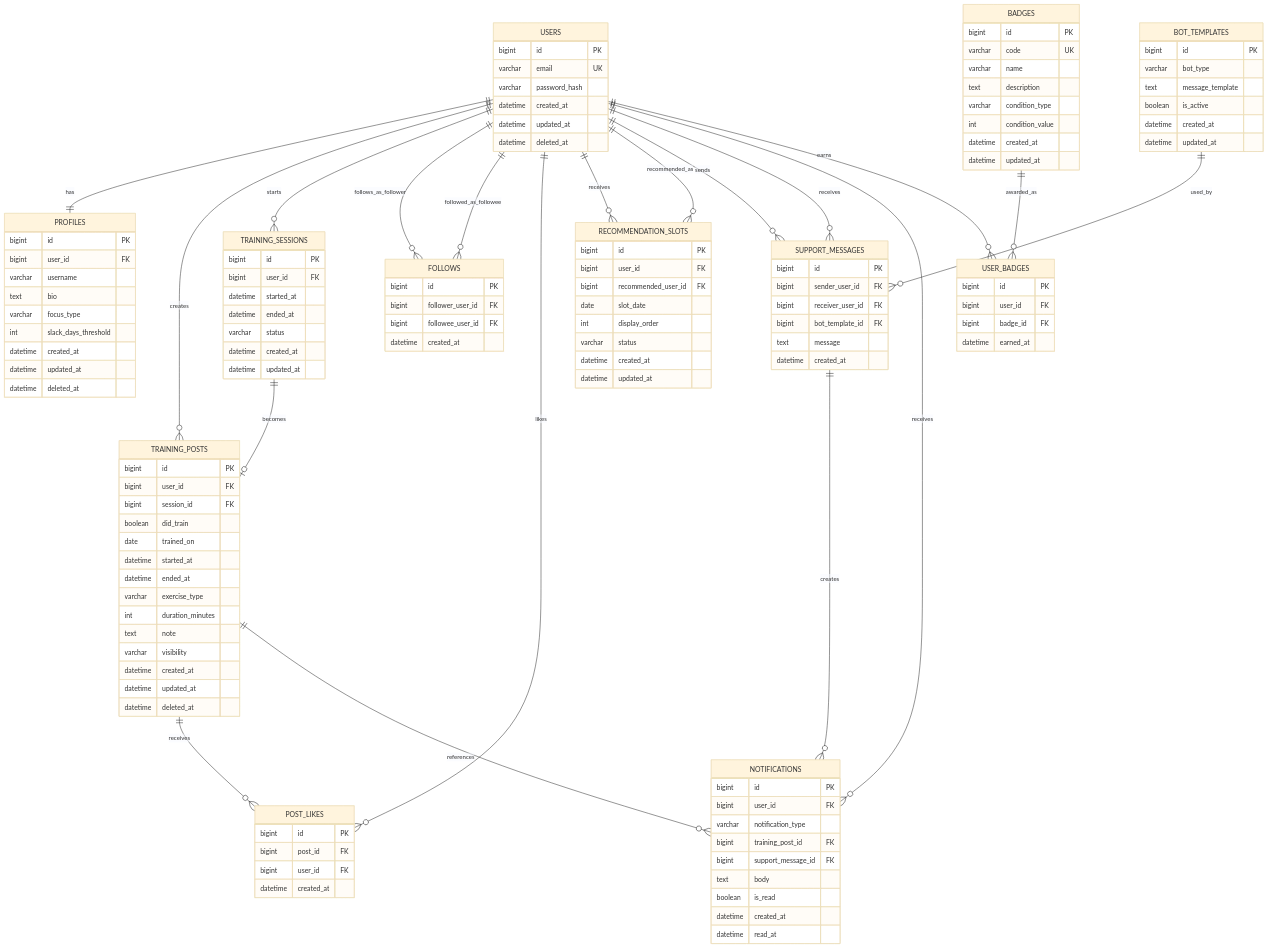
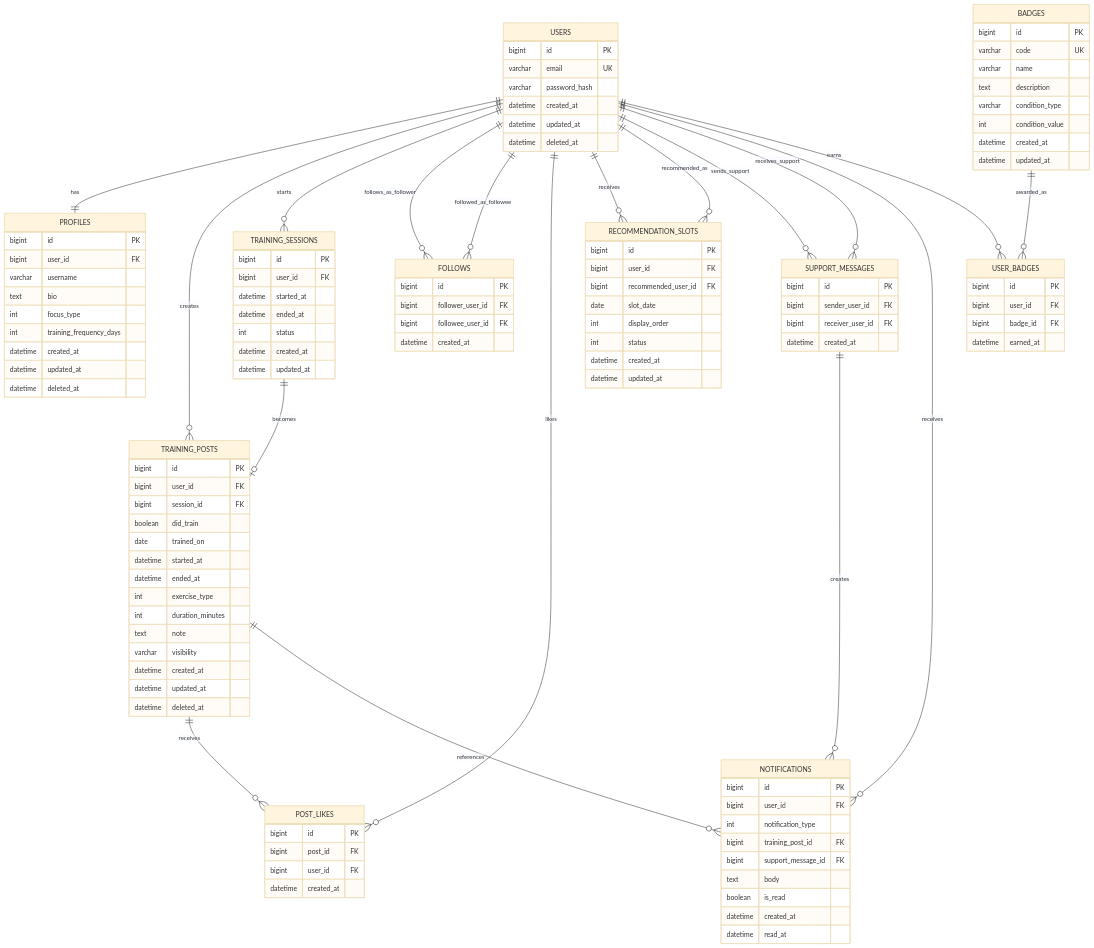
Before and after one commit to TaiseiUmeki/group7-pj: the diagram in docs/requirements/db_design.md, drawn with Mermaid (base theme). The commit also changed other lines of this file and 1 other file, not shown here.

Commit message:
fix: db図からbot削除と型修正

```diff
--- a/docs/requirements/db_design.md
+++ b/docs/requirements/db_design.md
@@ -64,8 +66,8 @@
     USERS ||--o{ POST_LIKES : likes
     USERS ||--o{ RECOMMENDATION_SLOTS : receives
     USERS ||--o{ RECOMMENDATION_SLOTS : recommended_as
-    USERS ||--o{ SUPPORT_MESSAGES : sends
-    USERS ||--o{ SUPPORT_MESSAGES : receives
+    USERS ||--o{ SUPPORT_MESSAGES : sends_support
+    USERS ||--o{ SUPPORT_MESSAGES : receives_support
     USERS ||--o{ NOTIFICATIONS : receives
     USERS ||--o{ USER_BADGES : earns
 
@@ -73,7 +75,6 @@
     TRAINING_POSTS ||--o{ POST_LIKES : receives
     TRAINING_POSTS ||--o{ NOTIFICATIONS : references
 
-    BOT_TEMPLATES ||--o{ SUPPORT_MESSAGES : used_by
     SUPPORT_MESSAGES ||--o{ NOTIFICATIONS : creates
 
     BADGES ||--o{ USER_BADGES : awarded_as
@@ -92,8 +93,8 @@
         bigint user_id FK
         varchar username
         text bio
-        varchar focus_type
-        int slack_days_threshold
+        int focus_type
+        int training_frequency_days
         datetime created_at
         datetime updated_at
         datetime deleted_at
@@ -104,7 +105,7 @@
         bigint user_id FK
         datetime started_at
         datetime ended_at
-        varchar status
+        int status
         datetime created_at
         datetime updated_at
     }
@@ -117,7 +118,7 @@
         date trained_on
         datetime started_at
         datetime ended_at
-        varchar exercise_type
+        int exercise_type
         int duration_minutes
         text note
         varchar visibility
@@ -146,16 +147,7 @@
         bigint recommended_user_id FK
         date slot_date
         int display_order
-        varchar status
-        datetime created_at
-        datetime updated_at
-    }
-
-    BOT_TEMPLATES {
-        bigint id PK
-        varchar bot_type
-        text message_template
-        boolean is_active
+        int status
         datetime created_at
         datetime updated_at
     }
@@ -164,15 +156,13 @@
         bigint id PK
         bigint sender_user_id FK
         bigint receiver_user_id FK
-        bigint bot_template_id FK
-        text message
         datetime created_at
     }
 
     NOTIFICATIONS {
         bigint id PK
         bigint user_id FK
-        varchar notification_type
+        int notification_type
         bigint training_post_id FK
         bigint support_message_id FK
         text body
```
